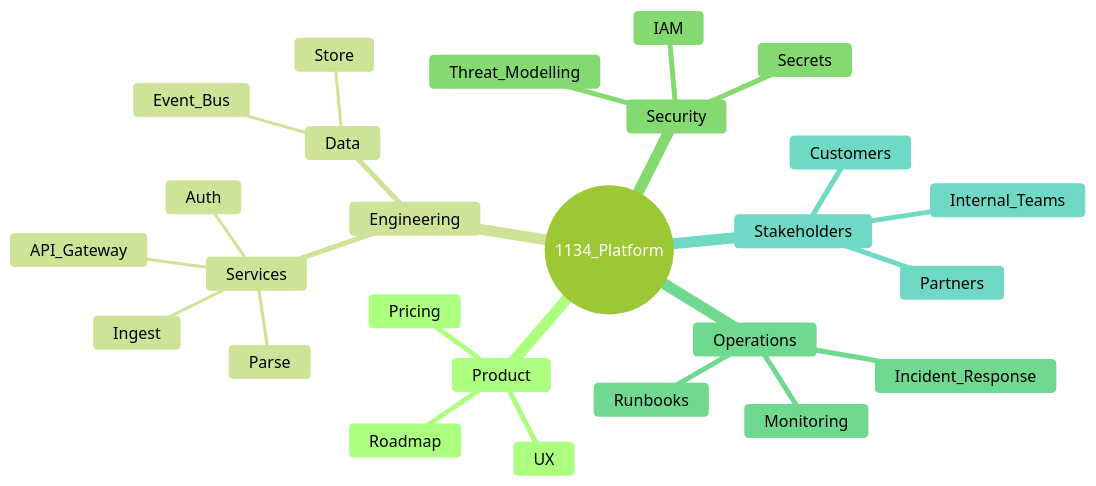
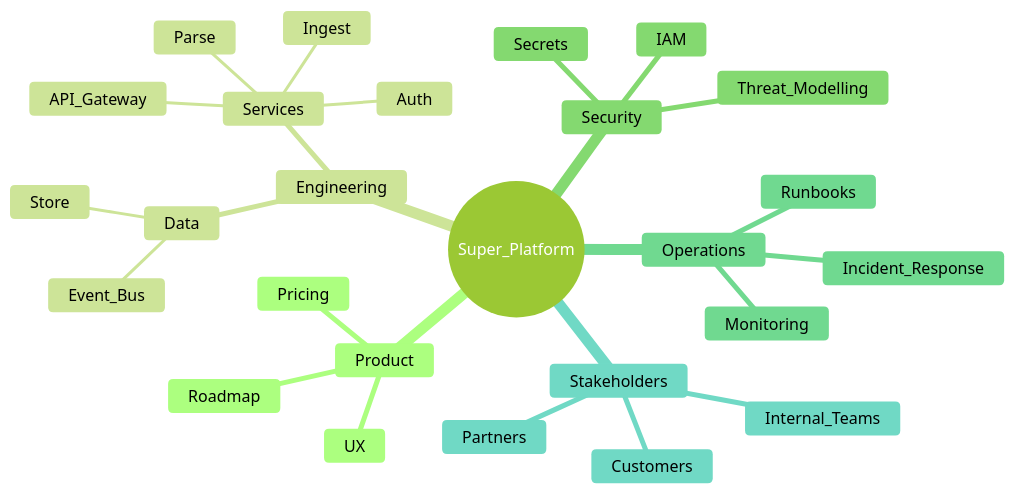
Before and after one commit to Beyondthemountain/RoboMermaid: the diagram in diagrams-src/PlatformMindMap.mmd, drawn with Mermaid (forest theme).

Commit message:
Update PlatformMindMap.mmd
Super Platform

```diff
--- a/diagrams-src/PlatformMindMap.mmd
+++ b/diagrams-src/PlatformMindMap.mmd
@@ -1,58 +1,58 @@
 mindmap
 %% Global (included in all views)
-  root((1134_Platform))
+  root((Super_Platform))
 
 %%@view:overview,product
     Product
 %%@view:product
       Roadmap
 %%@view:product
       UX
 %%@view:product
       Pricing
 
 %%@view:overview,engineering
     Engineering
 %%@view:engineering
       Services
 %%@view:engineering
         API_Gateway
 %%@view:engineering
         Auth
 %%@view:engineering
         Ingest
 %%@view:engineering
         Parse
 %%@view:engineering
       Data
 %%@view:engineering
         Store
 %%@view:engineering
         Event_Bus
 
 %%@view:overview,security
     Security
 %%@view:security
       IAM
 %%@view:security
       Secrets
 %%@view:security
       Threat_Modelling
 
 %%@view:overview,ops
     Operations
 %%@view:ops
       Monitoring
 %%@view:ops
       Incident_Response
 %%@view:ops
       Runbooks
 
 %%@view:overview,stakeholders
     Stakeholders
 %%@view:stakeholders
       Customers
 %%@view:stakeholders
       Partners
 %%@view:stakeholders
       Internal_Teams
```
